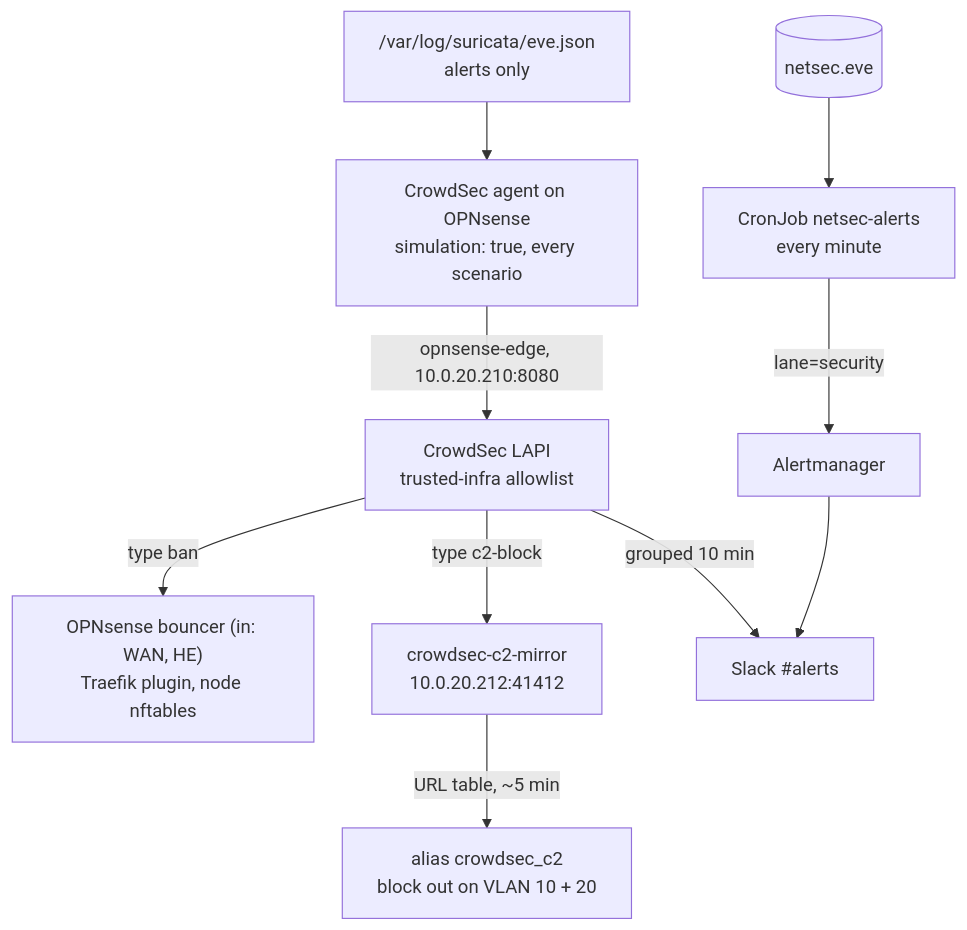
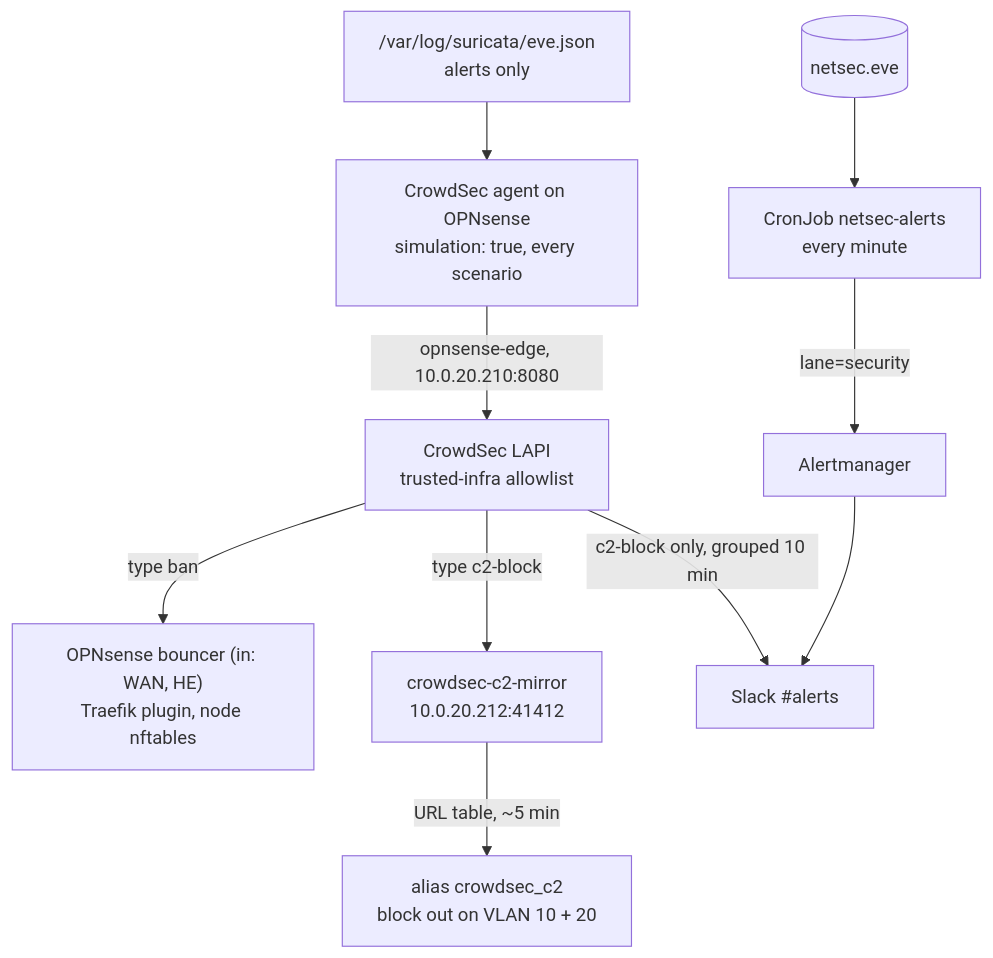
Before and after one commit to ViktorBarzin/infra: the third of 6 diagrams in docs/architecture/network-security-monitoring.md, drawn with Mermaid. The commit also changed other lines of this file and 3 other files, not shown here.

````diff
--- a/docs/architecture/network-security-monitoring.md
+++ b/docs/architecture/network-security-monitoring.md
@@ -150,10 +150,10 @@
 ```mermaid
 flowchart TD
   EVE["/var/log/suricata/eve.json<br/>alerts only"] --> AG["CrowdSec agent on OPNsense<br/>simulation: true, every scenario"]
   AG -->|opnsense-edge, 10.0.20.210:8080| LAPI["CrowdSec LAPI<br/>trusted-infra allowlist"]
   LAPI -->|type ban| BOUNCERS["OPNsense bouncer (in: WAN, HE)<br/>Traefik plugin, node nftables"]
   LAPI -->|type c2-block| MIRROR["crowdsec-c2-mirror<br/>10.0.20.212:41412"]
   MIRROR -->|URL table, ~5 min| ALIAS["alias crowdsec_c2<br/>block out on VLAN 10 + 20"]
-  LAPI -->|grouped 10 min| SLACK["Slack #alerts"]
+  LAPI -->|c2-block only, grouped 10 min| SLACK["Slack #alerts"]
   CH[("netsec.eve")] --> JOB["CronJob netsec-alerts<br/>every minute"] -->|lane=security| AM["Alertmanager"] --> SLACK
 ```
````
